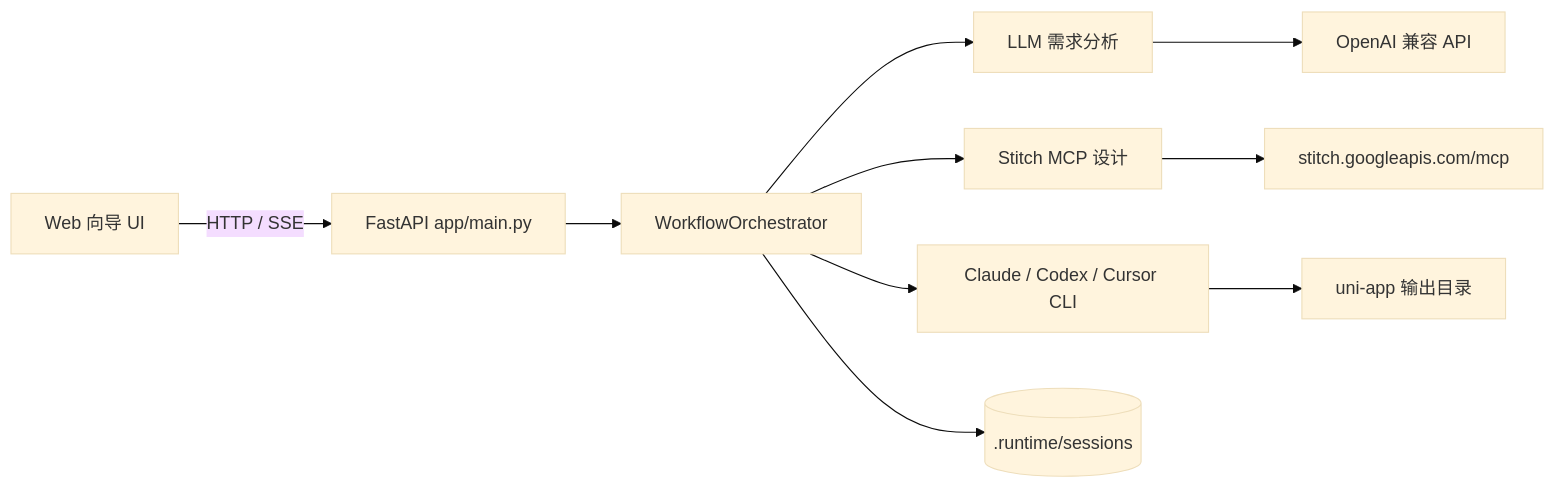
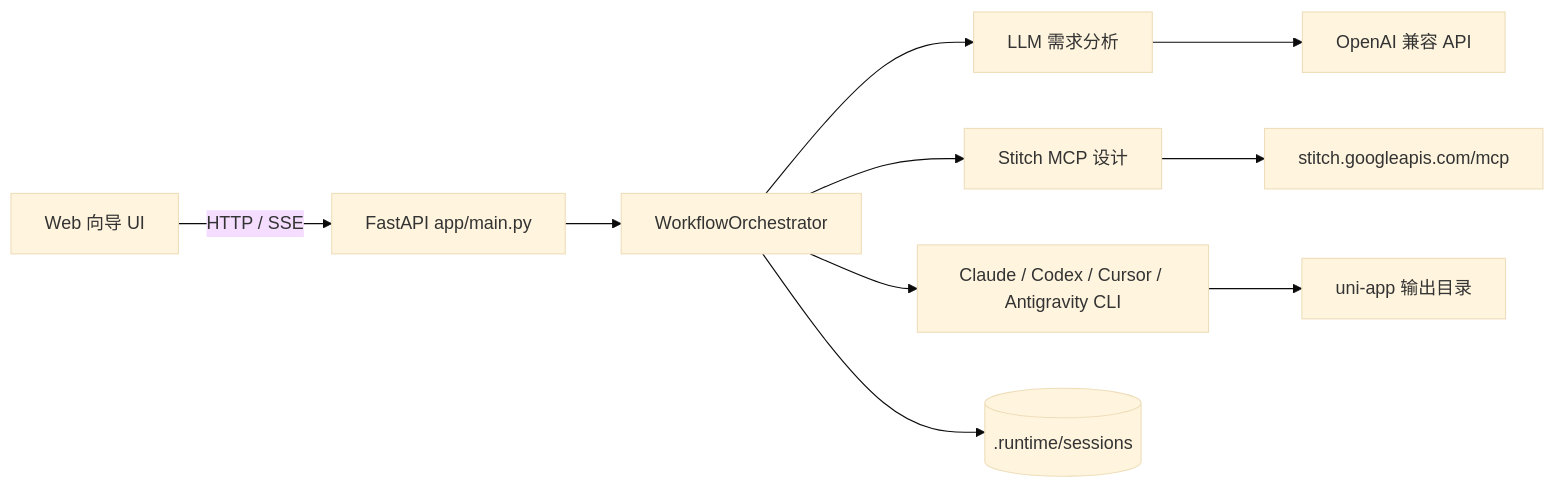
Before and after one commit to sisioow/workflow_uniapp: the first of 2 diagrams in docs/工作流说明.md, drawn with Mermaid (base theme). The commit also changed other lines of this file and 14 other files, not shown here.

````diff
--- a/docs/工作流说明.md
+++ b/docs/工作流说明.md
@@ -60,12 +60,12 @@
 ```mermaid
 flowchart LR
   UI[Web 向导 UI] -->|HTTP / SSE| API[FastAPI app/main.py]
   API --> Orch[WorkflowOrchestrator]
   Orch --> LLM[LLM 需求分析]
   Orch --> Stitch[Stitch MCP 设计]
-  Orch --> CLI[Claude / Codex / Cursor CLI]
+  Orch --> CLI[Claude / Codex / Cursor / Antigravity CLI]
   Orch --> Store[(.runtime/sessions)]
   LLM --> OpenAICompat[OpenAI 兼容 API]
   Stitch --> Google[stitch.googleapis.com/mcp]
   CLI --> Project[uni-app 输出目录]
 ```
````
